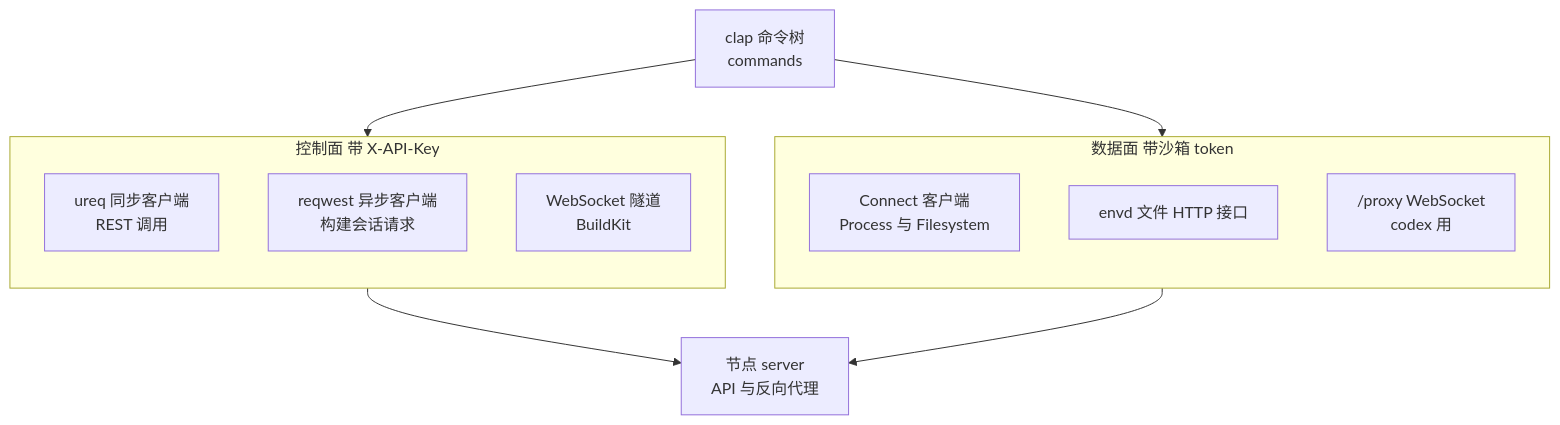
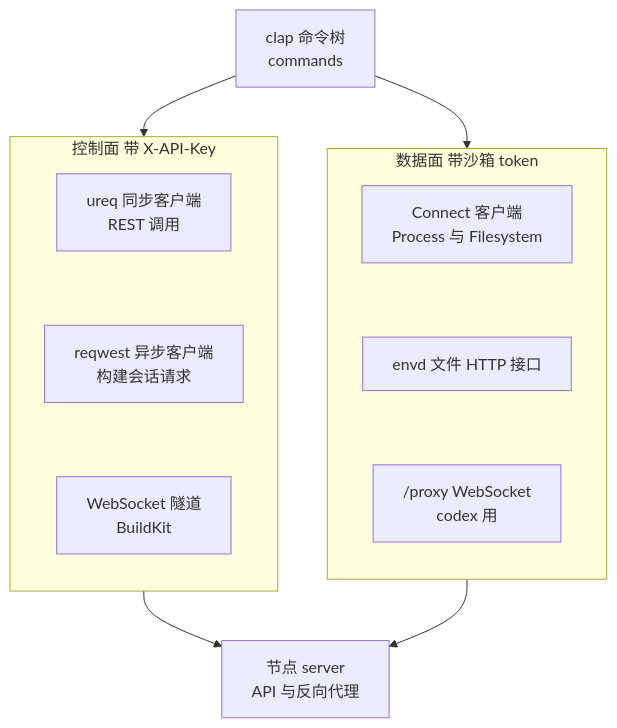
Before and after one commit to AustinJiangg/ai-books: the first of 2 diagrams in agentenv/62-aenv-cli.md, drawn with Mermaid. The commit also changed 10 other files, not shown here.

````diff
--- a/agentenv/62-aenv-cli.md
+++ b/agentenv/62-aenv-cli.md
@@ -36,21 +36,23 @@
 ```mermaid
 flowchart TB
     CMD["clap 命令树<br/>commands"]
     subgraph CP["控制面 带 X-API-Key"]
         direction TB
         U["ureq 同步客户端<br/>REST 调用"]
         RQ["reqwest 异步客户端<br/>构建会话请求"]
         WS["WebSocket 隧道<br/>BuildKit"]
+        U ~~~ RQ ~~~ WS
     end
     subgraph DP["数据面 带沙箱 token"]
         direction TB
         T["Connect 客户端<br/>Process 与 Filesystem"]
         F["envd 文件 HTTP 接口"]
         PX["/proxy WebSocket<br/>codex 用"]
+        T ~~~ F ~~~ PX
     end
     API["节点 server<br/>API 与反向代理"]
     CMD --> CP
     CMD --> DP
     CP --> API
     DP --> API
 ```
````
